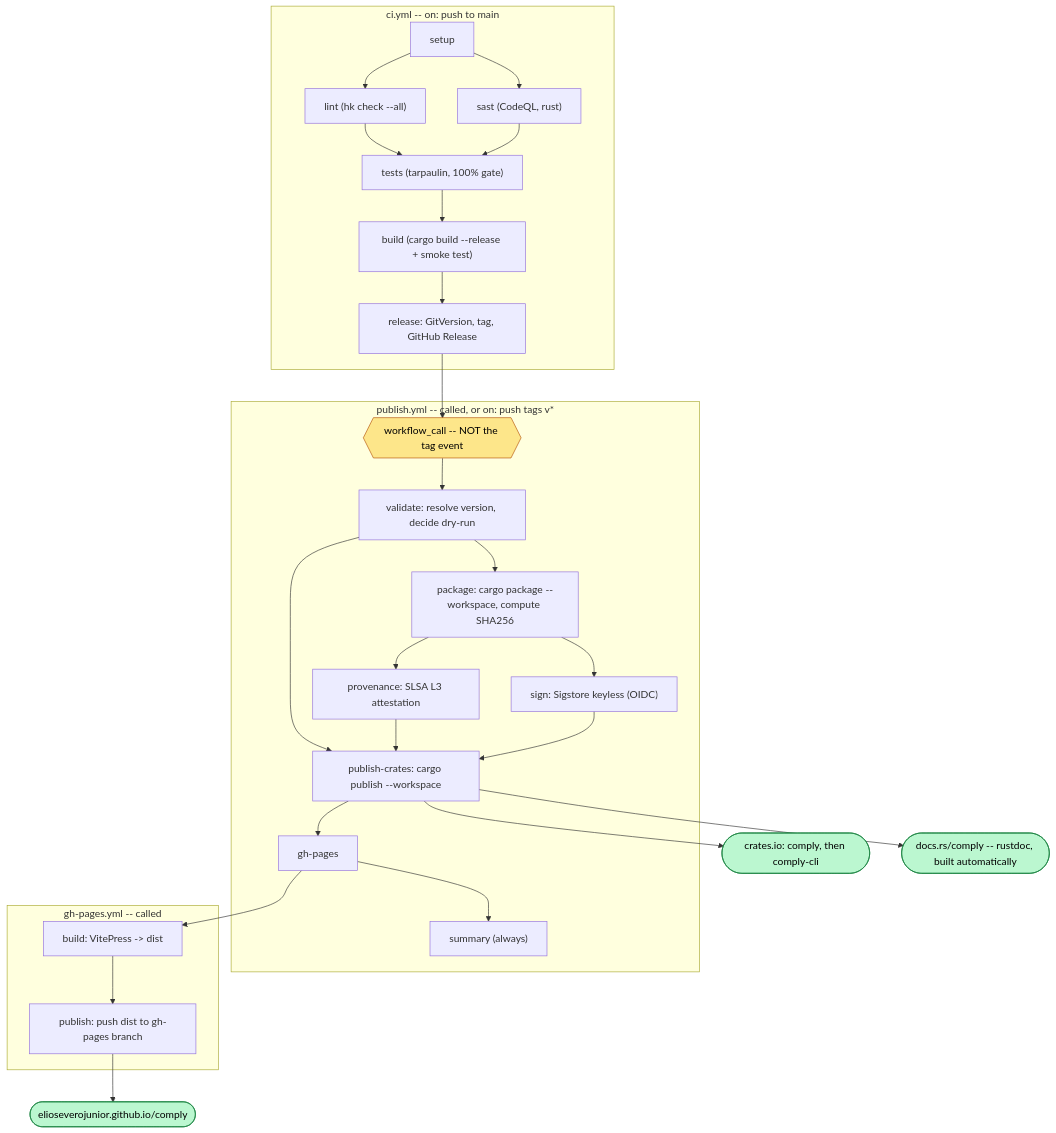
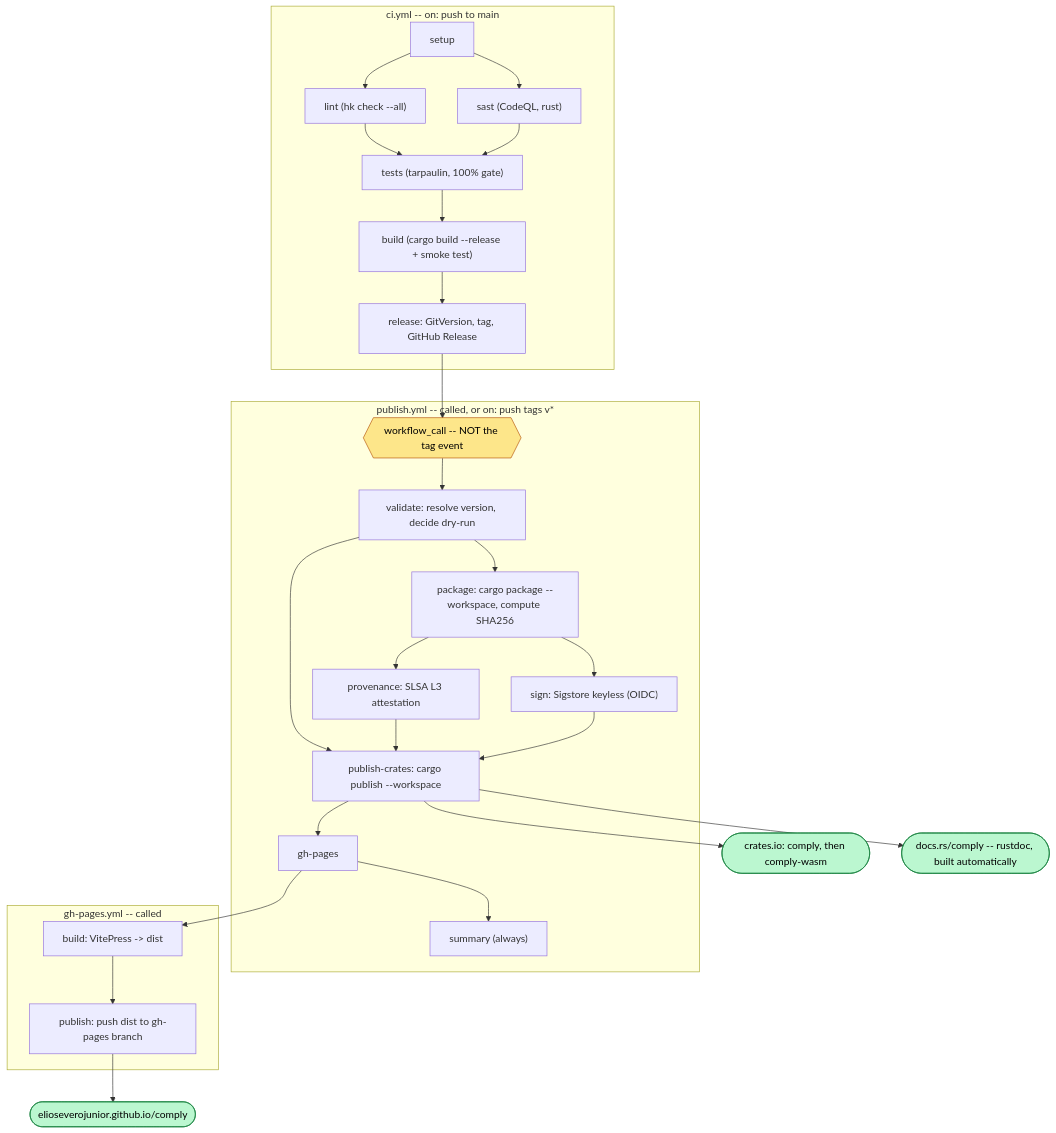
The diagram in docs/runbook.md (elioseverojunior/comply), drawn with Mermaid before and after one commit. The commit also changed other lines of this file and 7 other files, not shown here.

````diff
--- a/docs/runbook.md
+++ b/docs/runbook.md
@@ -355,39 +355,39 @@
 ```mermaid
 flowchart TD
     subgraph auto1["ci.yml -- on: push to main"]
         S["setup"] --> LN["lint (hk check --all)"]
         S --> SA["sast (CodeQL, rust)"]
         LN --> T["tests (tarpaulin, 100% gate)"]
         SA --> T
         T --> BD["build (cargo build --release + smoke test)"]
         BD --> R["release: GitVersion, tag, GitHub Release"]
     end
 
     R --> CALL{{"workflow_call -- NOT the tag event"}}
 
     subgraph auto2["publish.yml -- called, or on: push tags v*"]
         CALL --> V["validate: resolve version, decide dry-run"]
         V --> C["package: cargo package --workspace, compute SHA256"]
         C --> D["provenance: SLSA L3 attestation"]
         C --> E["sign: Sigstore keyless (OIDC)"]
         V --> I["publish-crates: cargo publish --workspace"]
         D --> I
         E --> I
         I --> GP["gh-pages"]
         GP --> K["summary (always)"]
     end
 
     subgraph auto3["gh-pages.yml -- called"]
         GP --> DB["build: VitePress -> dist"]
         DB --> DP["publish: push dist to gh-pages branch"]
     end
 
-    I --> L(["crates.io: comply, then comply-cli"])
+    I --> L(["crates.io: comply, then comply-wasm"])
     DP --> W(["elioseverojunior.github.io/comply"])
     I --> RS(["docs.rs/comply -- rustdoc, built automatically"])
 
     style CALL fill:#fde68a,stroke:#b45309,color:#000
     style L fill:#bbf7d0,stroke:#15803d,color:#000
     style W fill:#bbf7d0,stroke:#15803d,color:#000
     style RS fill:#bbf7d0,stroke:#15803d,color:#000
 ```
````
